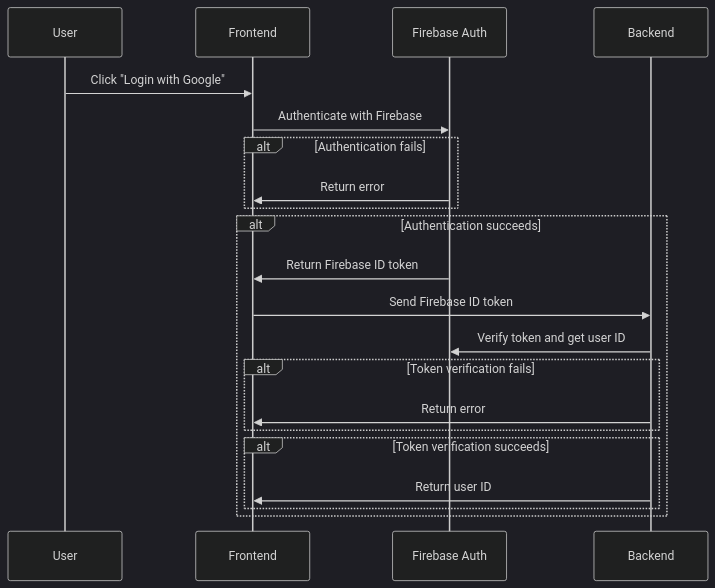
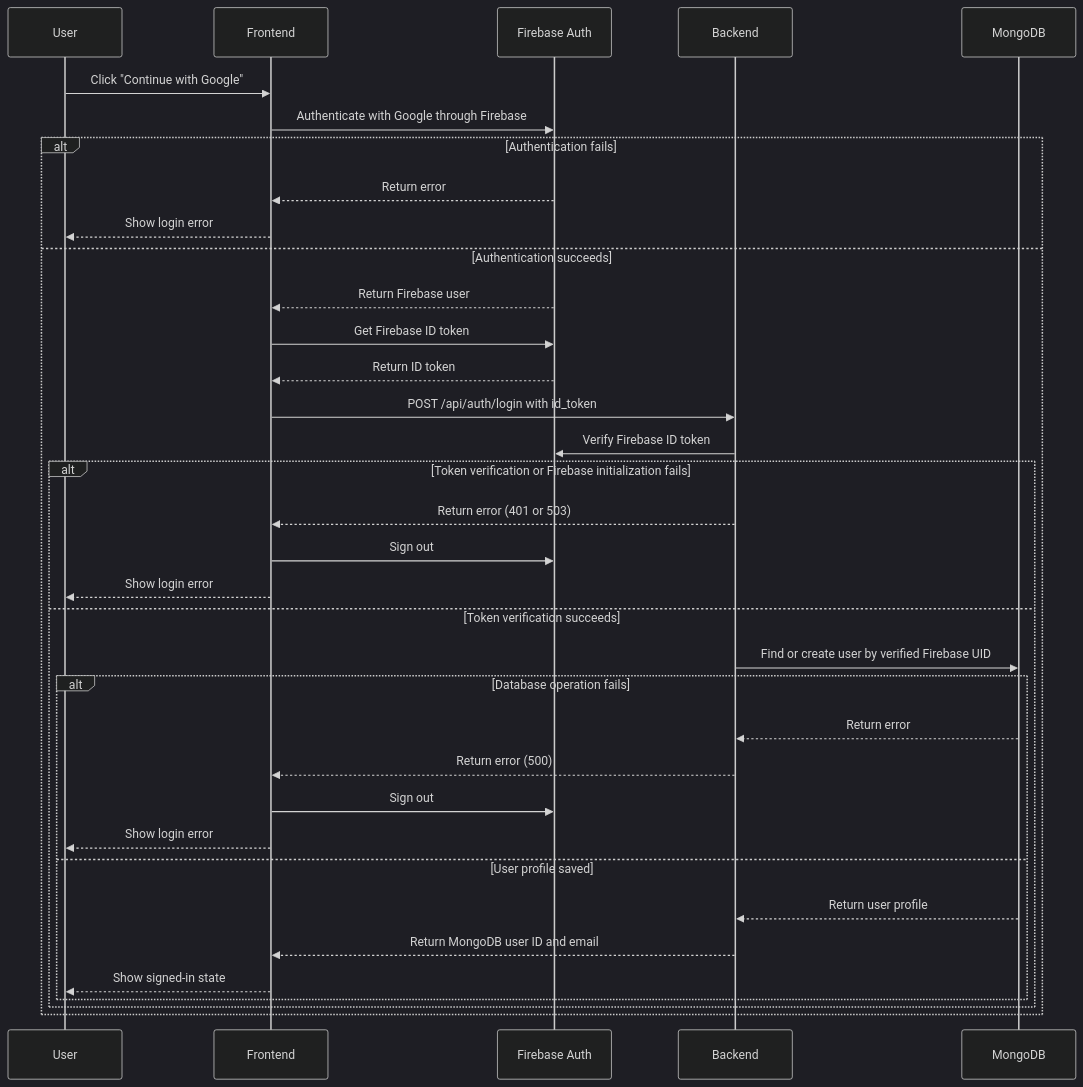
The first of 3 diagrams in README.md (icegotcha/cinema-ticket-booking-system), drawn with Mermaid (dark theme) before and after one commit. The commit also changed other lines of this file and 12 other files, not shown here.

Commit message:
feat: streamline authentication flow by removing signup endpoint and updating login logic

````diff
--- a/README.md
+++ b/README.md
@@ -84,25 +86,38 @@
 ```mermaid
 sequenceDiagram
     participant U as User
     participant F as Frontend
     participant A as Firebase Auth
     participant B as Backend
+    participant M as MongoDB
 
-    U->>F: Click "Login with Google"
-    F->>A: Authenticate with Firebase
-
+    U->>F: Click "Continue with Google"
+    F->>A: Authenticate with Google through Firebase
     alt Authentication fails
-        A->>F: Return error
-    end
-    alt Authentication succeeds
-        A->>F: Return Firebase ID token
-         F->>B: Send Firebase ID token
-         B->>A: Verify token and get user ID
-         alt Token verification fails
-             B->>F: Return error
-         end
-         alt Token verification succeeds
-            B->>F: Return user ID
-         end
+        A-->>F: Return error
+        F-->>U: Show login error
+    else Authentication succeeds
+        A-->>F: Return Firebase user
+        F->>A: Get Firebase ID token
+        A-->>F: Return ID token
+        F->>B: POST /api/auth/login with id_token
+        B->>A: Verify Firebase ID token
+        alt Token verification or Firebase initialization fails
+            B-->>F: Return error (401 or 503)
+            F->>A: Sign out
+            F-->>U: Show login error
+        else Token verification succeeds
+            B->>M: Find or create user by verified Firebase UID
+            alt Database operation fails
+                M-->>B: Return error
+                B-->>F: Return error (500)
+                F->>A: Sign out
+                F-->>U: Show login error
+            else User profile saved
+                M-->>B: Return user profile
+                B-->>F: Return MongoDB user ID and email
+                F-->>U: Show signed-in state
+            end
+        end
     end
 ```
````
